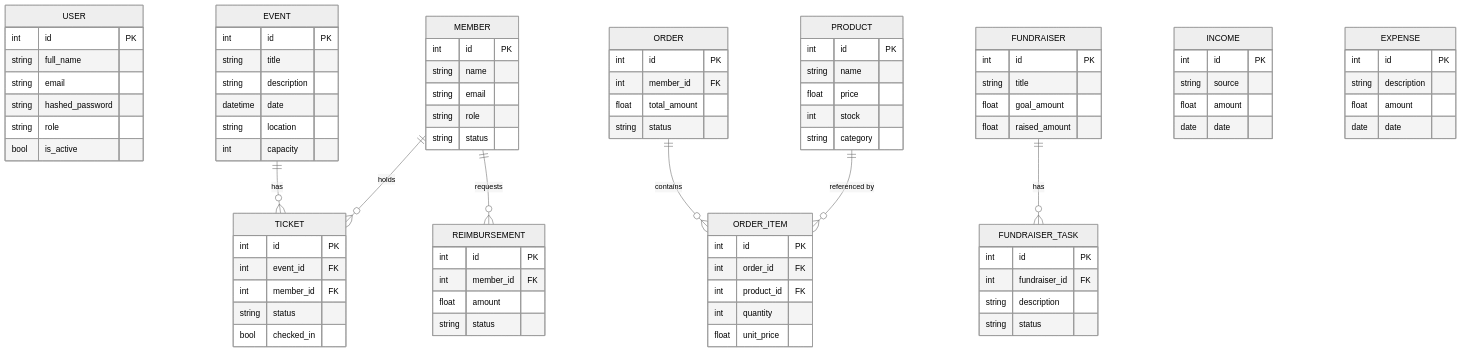
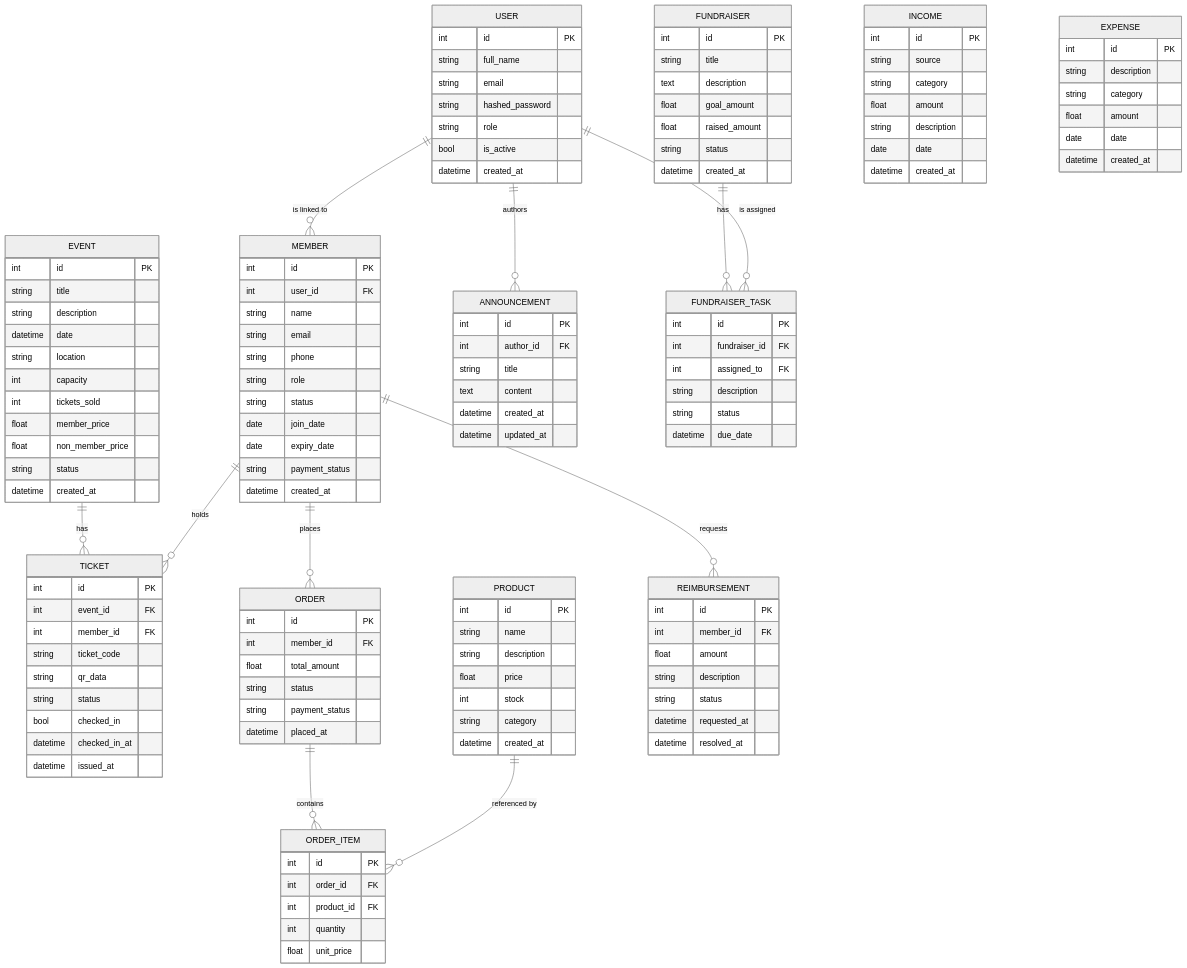
The third of 3 diagrams in README.md (AkshitaGaur-hub/Student_OS), drawn with Mermaid (neutral theme) before and after one commit. The commit also changed other lines of this file, not shown here.

Commit message:
docs: rewrite README with clean ASCII diagrams, full ER diagram, auth sequence, API reference, RBAC table and project structure — removes emoji characters that render as ??

````diff
--- a/README.md
+++ b/README.md
@@ -204,90 +212,147 @@
 ```mermaid
 erDiagram
     USER {
-        int id PK
-        string full_name
-        string email
-        string hashed_password
-        string role
-        bool is_active
-    }
-    MEMBER {
-        int id PK
-        string name
-        string email
-        string role
-        string status
-    }
-    EVENT {
-        int id PK
-        string title
-        string description
-        datetime date
-        string location
-        int capacity
-    }
-    TICKET {
-        int id PK
-        int event_id FK
-        int member_id FK
-        string status
-        bool checked_in
-    }
-    PRODUCT {
-        int id PK
-        string name
-        float price
-        int stock
-        string category
-    }
-    ORDER {
-        int id PK
-        int member_id FK
-        float total_amount
-        string status
-    }
-    ORDER_ITEM {
-        int id PK
-        int order_id FK
-        int product_id FK
-        int quantity
-        float unit_price
-    }
-    FUNDRAISER {
-        int id PK
-        string title
-        float goal_amount
-        float raised_amount
-    }
-    FUNDRAISER_TASK {
-        int id PK
-        int fundraiser_id FK
-        string description
-        string status
-    }
-    INCOME {
-        int id PK
-        string source
-        float amount
-        date date
-    }
-    EXPENSE {
-        int id PK
-        string description
-        float amount
-        date date
-    }
-    REIMBURSEMENT {
-        int id PK
-        int member_id FK
-        float amount
-        string status
+        int     id              PK
+        string  full_name
+        string  email
+        string  hashed_password
+        string  role
+        bool    is_active
+        datetime created_at
     }
 
-    EVENT ||--o{ TICKET : "has"
-    MEMBER ||--o{ TICKET : "holds"
-    ORDER ||--o{ ORDER_ITEM : "contains"
-    PRODUCT ||--o{ ORDER_ITEM : "referenced by"
-    FUNDRAISER ||--o{ FUNDRAISER_TASK : "has"
-    MEMBER ||--o{ REIMBURSEMENT : "requests"
+    MEMBER {
+        int     id              PK
+        int     user_id         FK
+        string  name
+        string  email
+        string  phone
+        string  role
+        string  status
+        date    join_date
+        date    expiry_date
+        string  payment_status
+        datetime created_at
+    }
+
+    EVENT {
+        int      id              PK
+        string   title
+        string   description
+        datetime date
+        string   location
+        int      capacity
+        int      tickets_sold
+        float    member_price
+        float    non_member_price
+        string   status
+        datetime created_at
+    }
+
+    TICKET {
+        int      id              PK
+        int      event_id        FK
+        int      member_id       FK
+        string   ticket_code
+        string   qr_data
+        string   status
+        bool     checked_in
+        datetime checked_in_at
+        datetime issued_at
+    }
+
+    ANNOUNCEMENT {
+        int      id              PK
+        int      author_id       FK
+        string   title
+        text     content
+        datetime created_at
+        datetime updated_at
+    }
+
+    PRODUCT {
+        int      id              PK
+        string   name
+        string   description
+        float    price
+        int      stock
+        string   category
+        datetime created_at
+    }
+
+    ORDER {
+        int      id              PK
+        int      member_id       FK
+        float    total_amount
+        string   status
+        string   payment_status
+        datetime placed_at
+    }
+
+    ORDER_ITEM {
+        int      id              PK
+        int      order_id        FK
+        int      product_id      FK
+        int      quantity
+        float    unit_price
+    }
+
+    FUNDRAISER {
+        int      id              PK
+        string   title
+        text     description
+        float    goal_amount
+        float    raised_amount
+        string   status
+        datetime created_at
+    }
+
+    FUNDRAISER_TASK {
+        int      id              PK
+        int      fundraiser_id   FK
+        int      assigned_to     FK
+        string   description
+        string   status
+        datetime due_date
+    }
+
+    INCOME {
+        int      id              PK
+        string   source
+        string   category
+        float    amount
+        string   description
+        date     date
+        datetime created_at
+    }
+
+    EXPENSE {
+        int      id              PK
+        string   description
+        string   category
+        float    amount
+        date     date
+        datetime created_at
+    }
+
+    REIMBURSEMENT {
+        int      id              PK
+        int      member_id       FK
+        float    amount
+        string   description
+        string   status
+        datetime requested_at
+        datetime resolved_at
+    }
+
+    USER        ||--o{ MEMBER          : "is linked to"
+    USER        ||--o{ ANNOUNCEMENT    : "authors"
+    EVENT       ||--o{ TICKET          : "has"
+    MEMBER      ||--o{ TICKET          : "holds"
+    ORDER       ||--o{ ORDER_ITEM      : "contains"
+    PRODUCT     ||--o{ ORDER_ITEM      : "referenced by"
+    MEMBER      ||--o{ ORDER           : "places"
+    FUNDRAISER  ||--o{ FUNDRAISER_TASK : "has"
+    USER        ||--o{ FUNDRAISER_TASK : "is assigned"
+    MEMBER      ||--o{ REIMBURSEMENT   : "requests"
 ```
````
